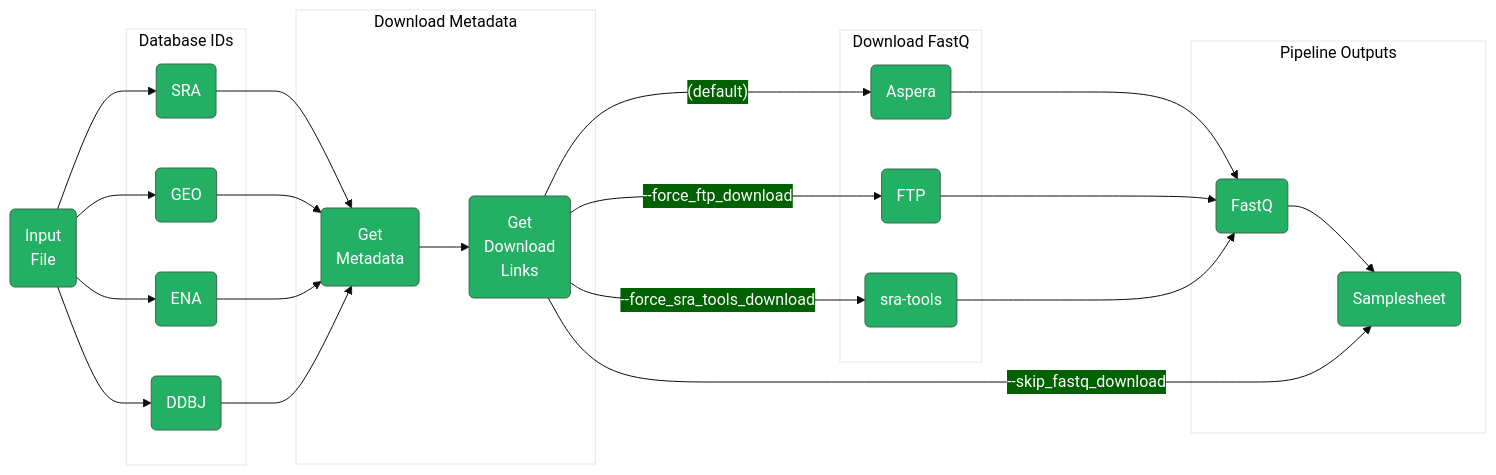
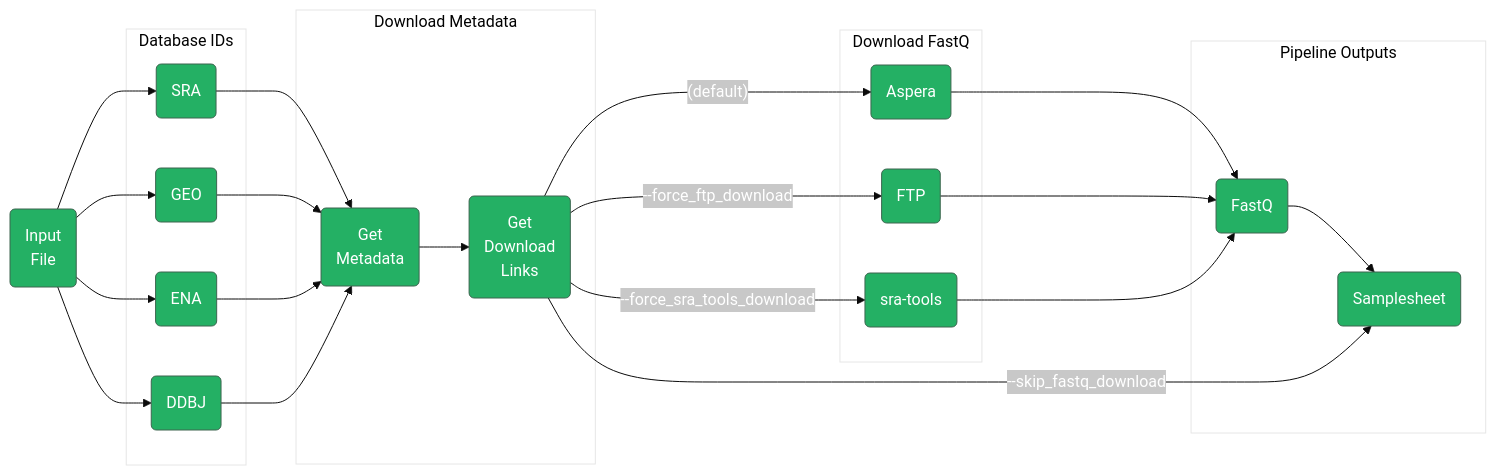
The diagram in README.md (nf-core/fetchngs), drawn with Mermaid before and after one commit.

Commit message:
Style updates to Mermaid

````diff
--- a/README.md
+++ b/README.md
@@ -26,41 +26,44 @@
 ```mermaid
 %%{
   init: {
     'theme': 'base',
     'themeVariables': {
-      'fontFamily': "maven pro bold",
+      'fontFamily': "maven",
       'primaryColor': '#24B064',
       'primaryTextColor': '#fff',
-      'secondaryColor': '#006100',
+      'secondaryTextColor': '#000000',
+      'secondaryColor': '#BCDDB6',
+      'edgeLabelBackground': '#C8C8C8',
+      'noteTextColor': '#050505',
       'tertiaryColor': '#fff'
     }
   }
 }%%
 flowchart LR
     IDS("Input 
     File") --> SRA & GEO & ENA & DDBJ
     subgraph SG_DBIDS[Database IDs]
       SRA("SRA")
       GEO("GEO")
       ENA("ENA")
       DDBJ("DDBJ")
     end
     subgraph SG_METADATA[Download Metadata]
       SRA & GEO & ENA & DDBJ --> META("Get 
       Metadata")
       META --> LINKS("Get 
       Download
       Links")
     end
     subgraph SG_FETCH_FASTQ[Download FastQ]
       LINKS --> |"(default)"| ASPERA("Aspera")
       LINKS --> |--force_ftp_download| FTP("FTP")
       LINKS --> |--force_sra_tools_download| SRATOOLS("sra-tools")
     end
     subgraph SG_FASTQ[Pipeline Outputs]
       ASPERA & FTP & SRATOOLS --> FASTQ("FastQ")
       FASTQ --> SAMPLESHEET("Samplesheet")
     end
     LINKS --> |--skip_fastq_download| SAMPLESHEET
     
 ```
````
